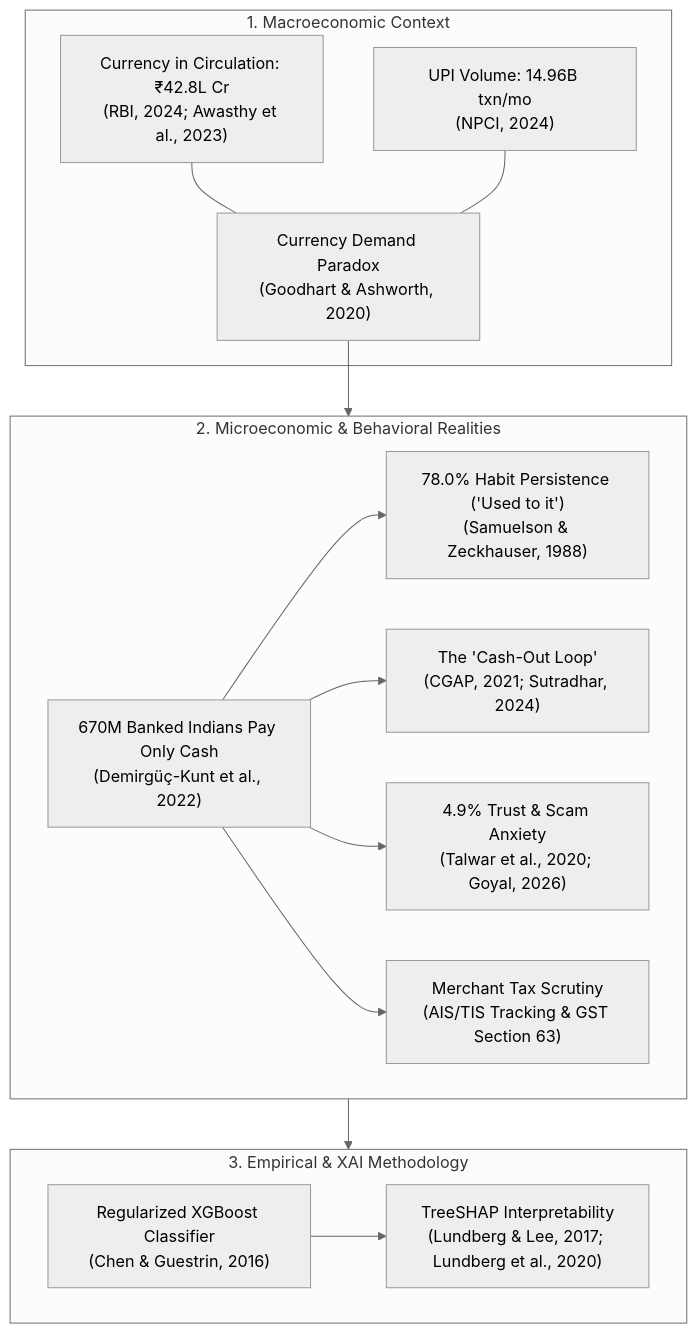
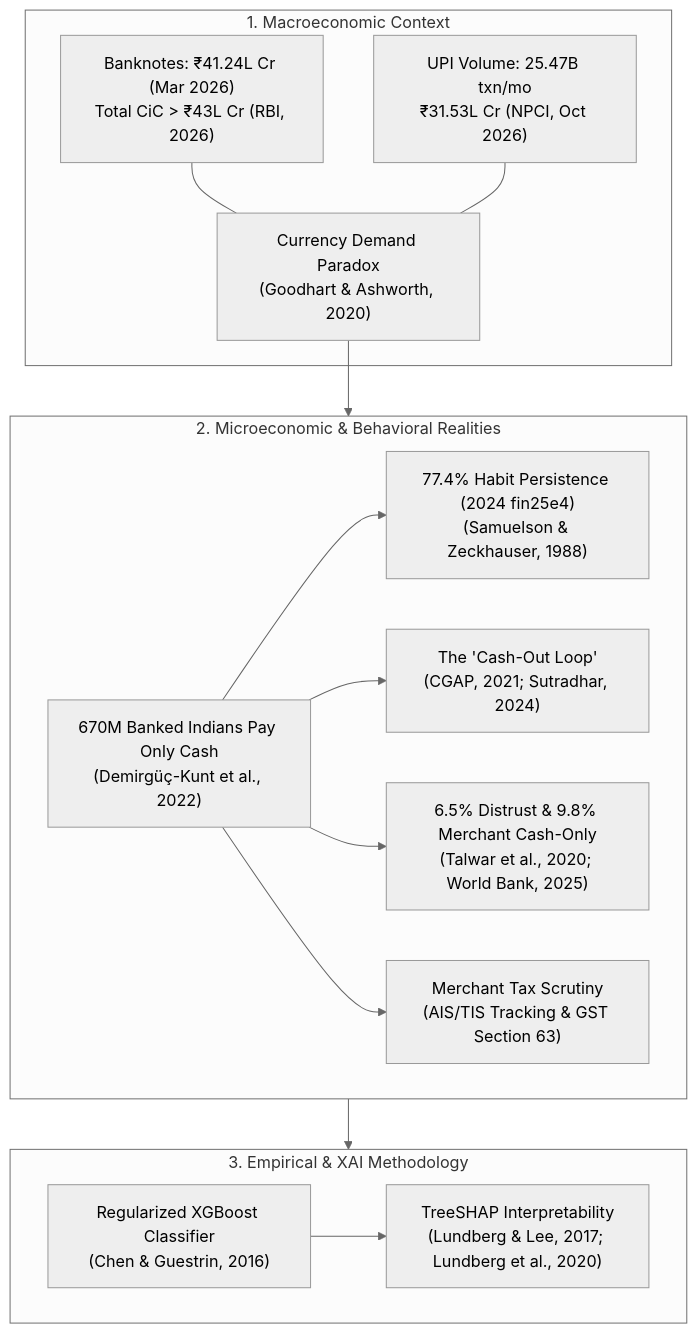
The diagram in paper/RESEARCH_PAPER.md (aryawadhwa/pomeel), drawn with Mermaid (neutral theme) before and after one commit. The commit also changed other lines of this file and 3 other files, not shown here.

````diff
--- a/paper/RESEARCH_PAPER.md
+++ b/paper/RESEARCH_PAPER.md
@@ -41,31 +41,31 @@
 ```mermaid
 flowchart TD
     subgraph Macro [1. Macroeconomic Context]
-        CiC["Currency in Circulation: ₹42.8L Cr<br/>(RBI, 2024; Awasthy et al., 2023)"]
-        UPI["UPI Volume: 14.96B txn/mo<br/>(NPCI, 2024)"]
+        CiC["Banknotes: ₹41.24L Cr (Mar 2026)<br/>Total CiC > ₹43L Cr (RBI, 2026)"]
+        UPI["UPI Volume: 25.47B txn/mo<br/>₹31.53L Cr (NPCI, Oct 2026)"]
         Paradox["Currency Demand Paradox<br/>(Goodhart & Ashworth, 2020)"]
         CiC --- Paradox
         UPI --- Paradox
     end
 
     subgraph Micro [2. Microeconomic & Behavioral Realities]
         Findex["670M Banked Indians Pay Only Cash<br/>(Demirgüç-Kunt et al., 2022)"]
-        Habit["78.0% Habit Persistence ('Used to it')<br/>(Samuelson & Zeckhauser, 1988)"]
+        Habit["77.4% Habit Persistence (2024 fin25e4)<br/>(Samuelson & Zeckhauser, 1988)"]
         Loop["The 'Cash-Out Loop'<br/>(CGAP, 2021; Sutradhar, 2024)"]
-        Trust["4.9% Trust & Scam Anxiety<br/>(Talwar et al., 2020; Goyal, 2026)"]
+        Trust["6.5% Distrust & 9.8% Merchant Cash-Only<br/>(Talwar et al., 2020; World Bank, 2025)"]
         Tax["Merchant Tax Scrutiny<br/>(AIS/TIS Tracking & GST Section 63)"]
         Findex --> Habit
         Findex --> Loop
         Findex --> Trust
         Findex --> Tax
     end
 
     subgraph Method [3. Empirical & XAI Methodology]
         XGB["Regularized XGBoost Classifier<br/>(Chen & Guestrin, 2016)"]
         SHAP["TreeSHAP Interpretability<br/>(Lundberg & Lee, 2017; Lundberg et al., 2020)"]
         XGB --> SHAP
     end
 
     Paradox --> Micro
     Micro --> Method
 ```
````
